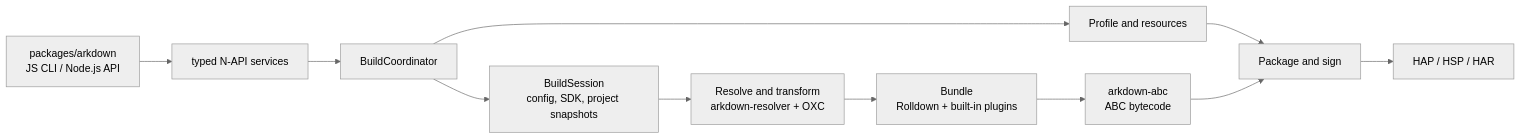
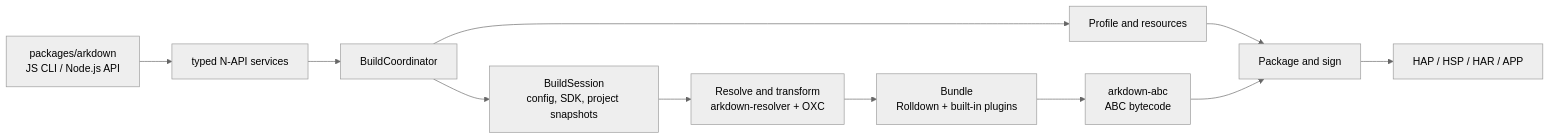
The diagram in README.md (richerfu/arkdown), drawn with Mermaid (neutral theme) before and after one commit. The commit also changed other lines of this file and 8 other files, not shown here.

Commit message:
docs(architecture): consolidate current replacement guidance

````diff
--- a/README.md
+++ b/README.md
@@ -9,13 +9,13 @@
 ```mermaid
 flowchart LR
     A["packages/arkdown<br/>JS CLI / Node.js API"] --> N["typed N-API services"]
     N --> B["BuildCoordinator"]
     B --> C["BuildSession<br/>config, SDK, project snapshots"]
     C --> D["Resolve and transform<br/>arkdown-resolver + OXC"]
     D --> E["Bundle<br/>Rolldown + built-in plugins"]
     B --> F["Profile and resources"]
     E --> G["arkdown-abc<br/>ABC bytecode"]
     F --> H["Package and sign"]
     G --> H
-    H --> I["HAP / HSP / HAR"]
+    H --> I["HAP / HSP / HAR / APP"]
 ```
````
